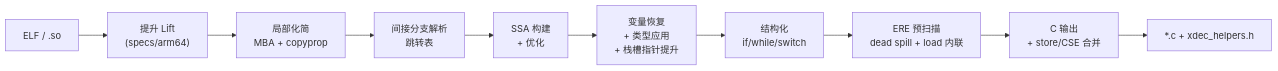
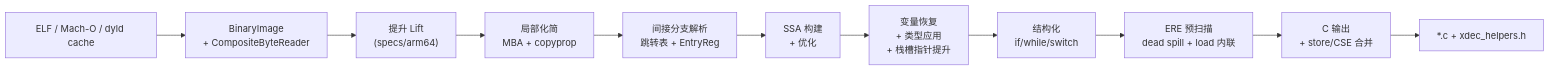
Before and after one commit to zhuzhu-Top/xdec: the diagram in README.md, drawn with Mermaid. The commit also changed other lines of this file and 62 other files, not shown here.

First line of the commit message:
Add iOS Mach-O support with EntryReg, dyld cache loading, and refresh README.

````diff
--- a/README.md
+++ b/README.md
@@ -71,12 +103,13 @@
 ```mermaid
 flowchart LR
-  BIN["ELF / .so"] --> LIFT["提升 Lift\n(specs/arm64)"]
+  BIN["ELF / Mach-O / dyld cache"] --> LOAD["BinaryImage\n+ CompositeByteReader"]
+  LOAD --> LIFT["提升 Lift\n(specs/arm64)"]
   LIFT --> LOCAL["局部化简\nMBA + copyprop"]
-  LOCAL --> RESOLVE["间接分支解析\n跳转表"]
+  LOCAL --> RESOLVE["间接分支解析\n跳转表 + EntryReg"]
   RESOLVE --> SSA["SSA 构建\n+ 优化"]
   SSA --> VARS["变量恢复\n+ 类型应用\n+ 栈槽指针提升"]
   VARS --> STRUCT["结构化\nif/while/switch"]
   STRUCT --> ERE["ERE 预扫描\ndead spill + load 内联"]
   ERE --> EMIT["C 输出\n+ store/CSE 合并"]
   EMIT --> OUT["*.c + xdec_helpers.h"]
 ```
````
